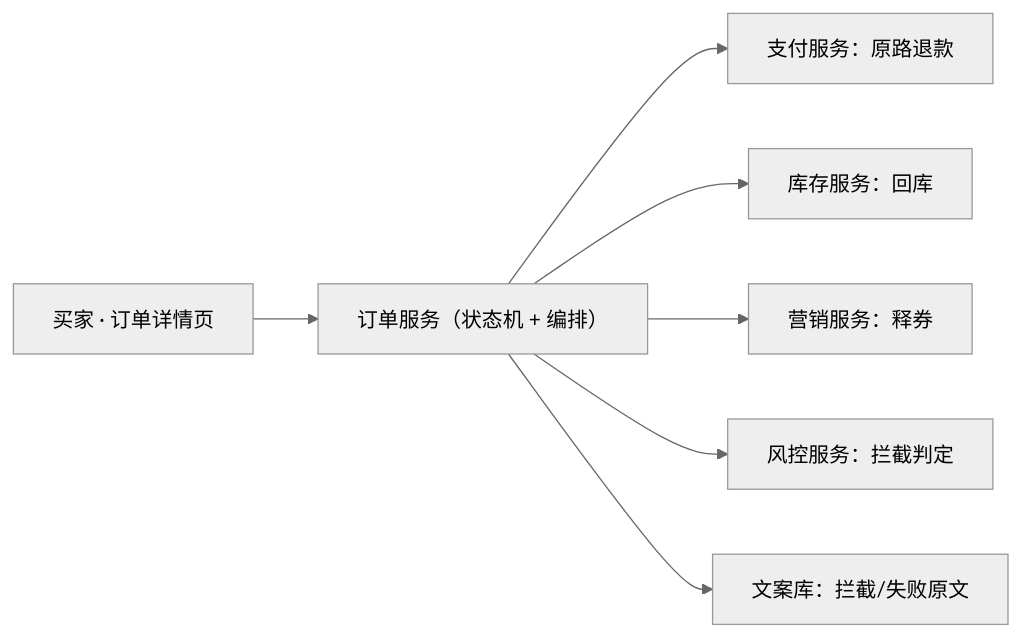
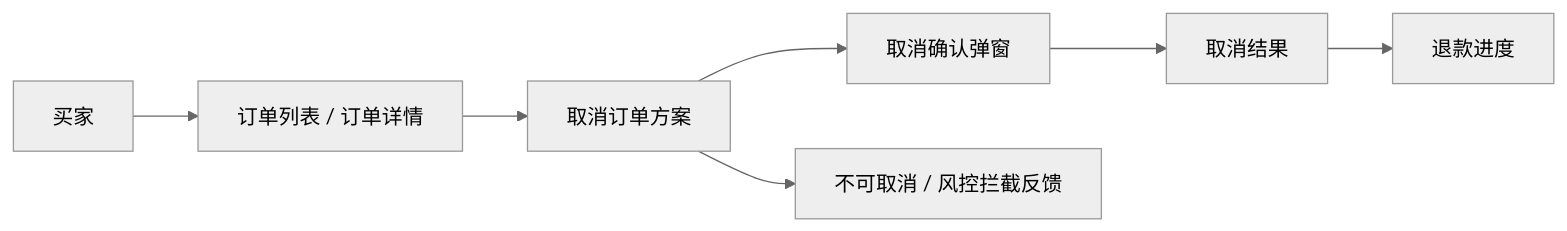
Before and after one commit to OwenBell0930/specnotary: the first of 2 diagrams in examples/case-order-cancel-raw/human/spec.md, drawn with Mermaid (neutral theme). The commit also changed other lines of this file and 50 other files, not shown here.

````diff
--- a/examples/case-order-cancel-raw/human/spec.md
+++ b/examples/case-order-cancel-raw/human/spec.md
@@ -87,9 +87,9 @@
 ```mermaid
 flowchart LR
-  Buyer["买家 · 订单详情页"] --> OrderSvc["订单服务（状态机 + 编排）"]
-  OrderSvc --> Pay["支付服务：原路退款"]
-  OrderSvc --> Stock["库存服务：回库"]
-  OrderSvc --> Coupon["营销服务：释券"]
-  OrderSvc --> Risk["风控服务：拦截判定"]
-  OrderSvc --> Copy["文案库：拦截/失败原文"]
+  Buyer["买家"] --> Entry["订单列表 / 订单详情"]
+  Entry --> Cancel["取消订单方案"]
+  Cancel --> Confirm["取消确认弹窗"]
+  Cancel --> Blocked["不可取消 / 风控拦截反馈"]
+  Confirm --> Result["取消结果"]
+  Result --> Refund["退款进度"]
 ```
````
